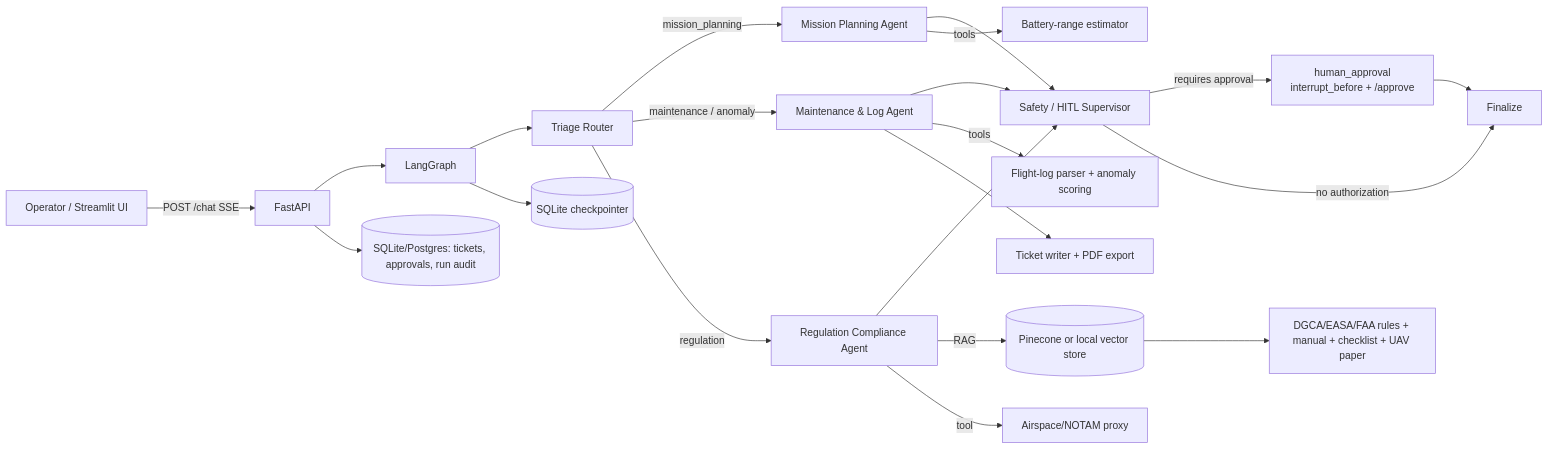
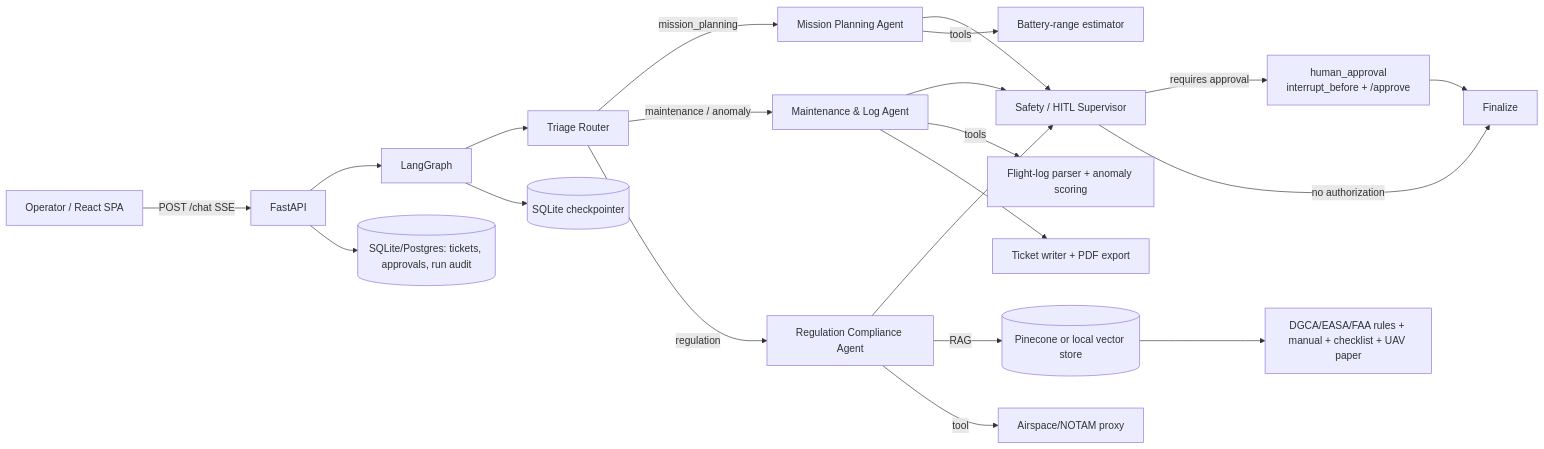
The diagram in README.md (programmingwild/droneoperationagent), drawn with Mermaid before and after one commit. The commit also changed other lines of this file and 17 other files, not shown here.

Commit message:
Ship NIGHTWATCH: responsive React mission-control UI, clean evidence/citations, SPA-aware deploy builds

````diff
--- a/README.md
+++ b/README.md
@@ -17,23 +18,23 @@
 ```mermaid
 flowchart LR
-  U[Operator / Streamlit UI] -->|POST /chat SSE| API[FastAPI]
+  U[Operator / React SPA] -->|POST /chat SSE| API[FastAPI]
   API --> G[LangGraph]
   G --> T[Triage Router]
   T -->|mission_planning| M[Mission Planning Agent]
   T -->|maintenance / anomaly| MA[Maintenance & Log Agent]
   T -->|regulation| R[Regulation Compliance Agent]
   M --> S[Safety / HITL Supervisor]
   MA --> S
   R --> S
   S -->|requires approval| H[human_approval\ninterrupt_before + /approve]
   S -->|no authorization| F[Finalize]
   H --> F
   M -->|tools| BT[Battery-range estimator]
   MA -->|tools| FL[Flight-log parser + anomaly scoring]
   MA --> TK[Ticket writer + PDF export]
   R -->|RAG| VS[(Pinecone or local vector store)]
   R -->|tool| AX[Airspace/NOTAM proxy]
   VS --> DOCS[DGCA/EASA/FAA rules + manual + checklist + UAV paper]
   G --> CK[(SQLite checkpointer)]
   API --> DB[(SQLite/Postgres: tickets, approvals, run audit)]
 ```
````
